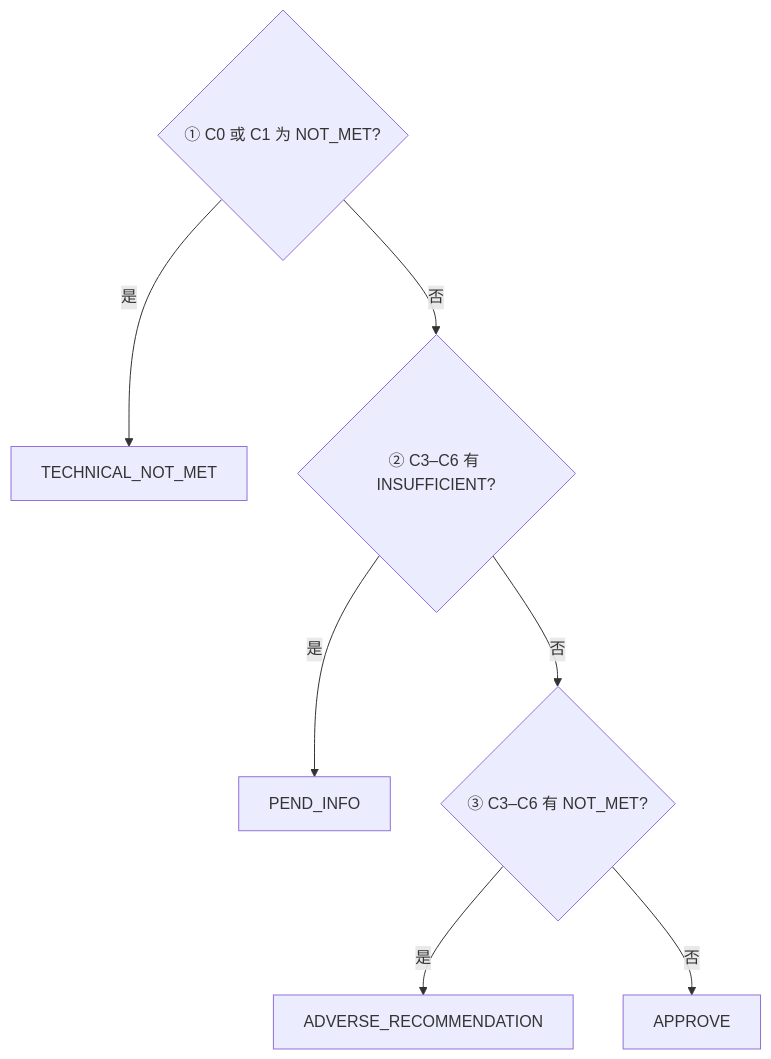
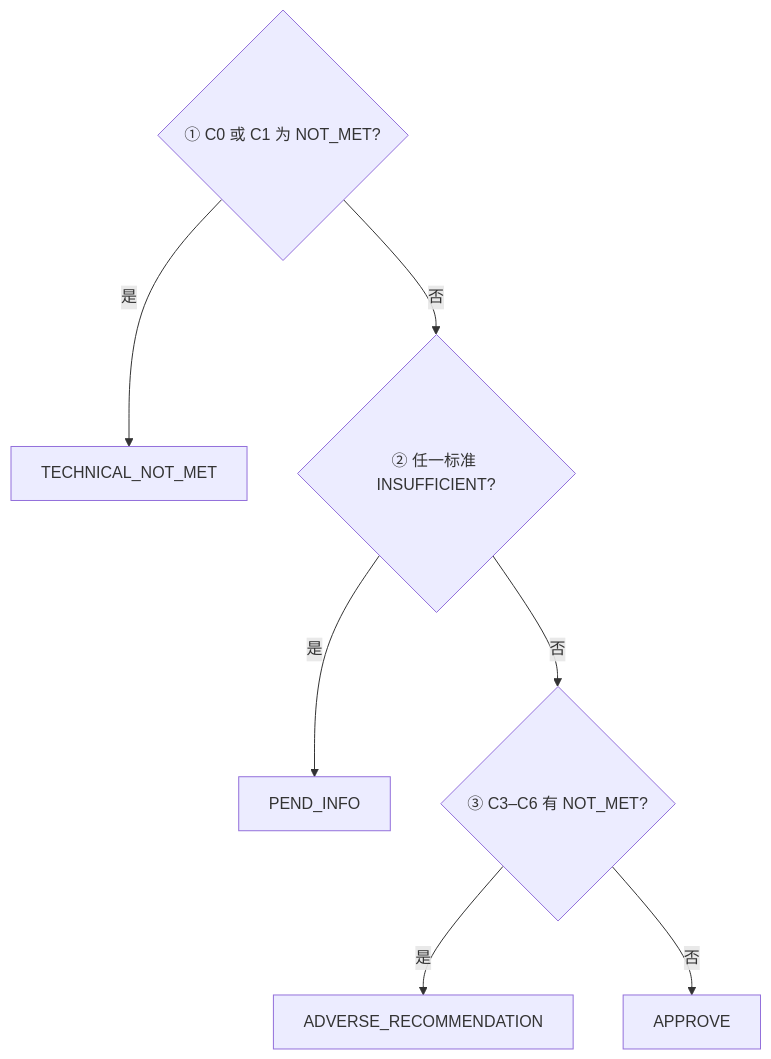
One commit to cherry-nancy/claims_agentic_system changed the seventh of 9 diagrams in plan/snf_pa_consensus_work_plan_1025.md. Above: the diagram before and after it, drawn with Mermaid. The commit also changed other lines of this file, not shown here.

````diff
--- a/plan/snf_pa_consensus_work_plan_1025.md
+++ b/plan/snf_pa_consensus_work_plan_1025.md
@@ -525,9 +449,9 @@
 ```mermaid
 flowchart TD
   A{"① C0 或 C1 为 NOT_MET?"} -- 是 --> T["TECHNICAL_NOT_MET"]
-  A -- 否 --> B{"② C3–C6 有 INSUFFICIENT?"}
+  A -- 否 --> B{"② 任一标准 INSUFFICIENT?"}
   B -- 是 --> P["PEND_INFO"]
   B -- 否 --> C{"③ C3–C6 有 NOT_MET?"}
   C -- 是 --> AD["ADVERSE_RECOMMENDATION"]
   C -- 否 --> AP["APPROVE"]
 ```
````
